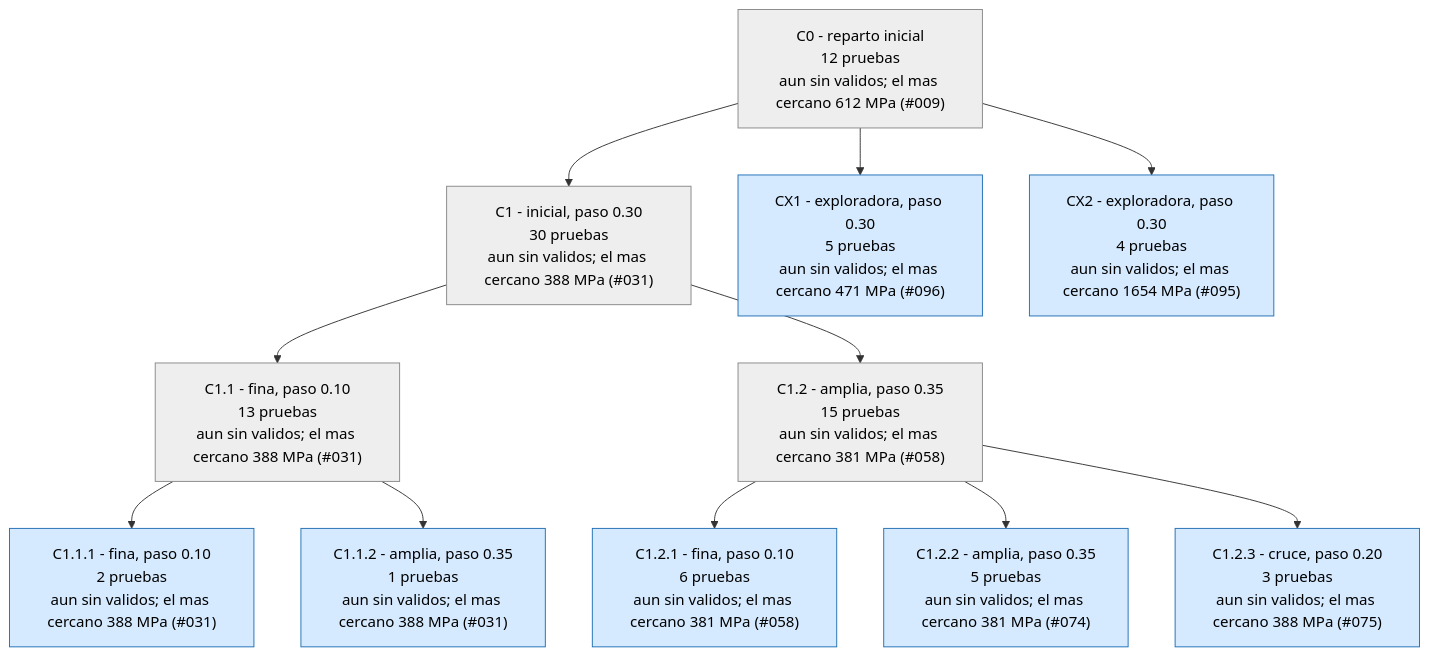
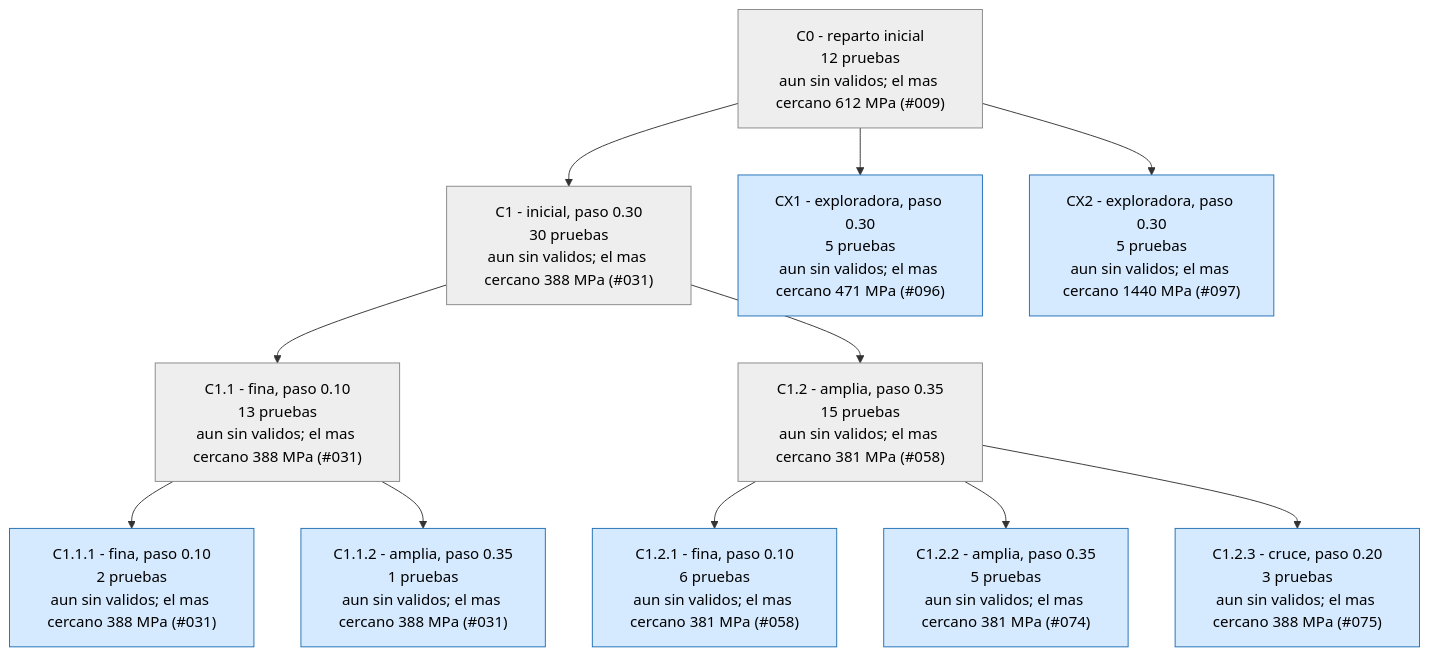
Before and after one commit to Hugiko/msd-soporte-optimizacion: the third of 4 diagrams in runs/opt_37800N/ARBOL.md, drawn with Mermaid. The commit also changed 21 other files, not shown here.

````diff
--- a/runs/opt_37800N/ARBOL.md
+++ b/runs/opt_37800N/ARBOL.md
@@ -127,27 +127,27 @@
 ```mermaid
 graph TD
 classDef activa fill:#d6eaff,stroke:#1f6fb5,color:#000
 classDef fin fill:#eeeeee,stroke:#888,color:#000
 classDef mejor fill:#c8f0c0,stroke:#1a9850,stroke-width:4px,color:#000
 C0["C0 - reparto inicial<br/>12 pruebas<br/>aun sin validos; el mas cercano 612 MPa (#009)"]:::fin
 C1["C1 - inicial, paso 0.30<br/>30 pruebas<br/>aun sin validos; el mas cercano 388 MPa (#031)"]:::fin
 C0 --> C1
 C1_1["C1.1 - fina, paso 0.10<br/>13 pruebas<br/>aun sin validos; el mas cercano 388 MPa (#031)"]:::fin
 C1 --> C1_1
 C1_2["C1.2 - amplia, paso 0.35<br/>15 pruebas<br/>aun sin validos; el mas cercano 381 MPa (#058)"]:::fin
 C1 --> C1_2
 C1_1_1["C1.1.1 - fina, paso 0.10<br/>2 pruebas<br/>aun sin validos; el mas cercano 388 MPa (#031)"]:::activa
 C1_1 --> C1_1_1
 C1_1_2["C1.1.2 - amplia, paso 0.35<br/>1 pruebas<br/>aun sin validos; el mas cercano 388 MPa (#031)"]:::activa
 C1_1 --> C1_1_2
 C1_2_1["C1.2.1 - fina, paso 0.10<br/>6 pruebas<br/>aun sin validos; el mas cercano 381 MPa (#058)"]:::activa
 C1_2 --> C1_2_1
 C1_2_2["C1.2.2 - amplia, paso 0.35<br/>5 pruebas<br/>aun sin validos; el mas cercano 381 MPa (#074)"]:::activa
 C1_2 --> C1_2_2
 C1_2_3["C1.2.3 - cruce, paso 0.20<br/>3 pruebas<br/>aun sin validos; el mas cercano 388 MPa (#075)"]:::activa
 C1_2 --> C1_2_3
 CX1["CX1 - exploradora, paso 0.30<br/>5 pruebas<br/>aun sin validos; el mas cercano 471 MPa (#096)"]:::activa
 C0 --> CX1
-CX2["CX2 - exploradora, paso 0.30<br/>4 pruebas<br/>aun sin validos; el mas cercano 1654 MPa (#095)"]:::activa
+CX2["CX2 - exploradora, paso 0.30<br/>5 pruebas<br/>aun sin validos; el mas cercano 1440 MPa (#097)"]:::activa
 C0 --> CX2
 ```
````
